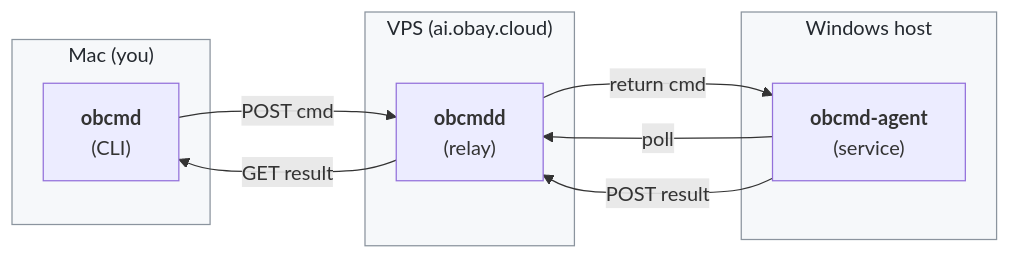
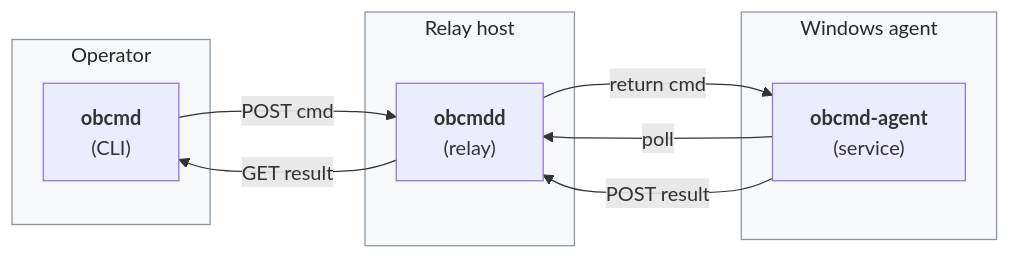
Before and after one commit to obay/rcmd: the diagram in README.md, drawn with Mermaid. The commit also changed other lines of this file and 11 other files, not shown here.

````diff
--- a/README.md
+++ b/README.md
@@ -18,21 +18,21 @@
 ```mermaid
 flowchart LR
-    subgraph mac["Mac (you)"]
+    subgraph op["Operator"]
         cli["<b>obcmd</b><br/>(CLI)"]
     end
-    subgraph vps["VPS (ai.obay.cloud)"]
+    subgraph host["Relay host"]
         relay["<b>obcmdd</b><br/>(relay)"]
     end
-    subgraph win["Windows host"]
+    subgraph win["Windows agent"]
         agent["<b>obcmd-agent</b><br/>(service)"]
     end
 
     cli  -- "POST cmd"    --> relay
     relay -- "GET result"  --> cli
     agent -- "poll"        --> relay
     relay -- "return cmd"  --> agent
     agent -- "POST result" --> relay
 
     classDef edge fill:#f6f8fa,stroke:#8b949e,stroke-width:1px,color:#24292f
-    class mac,vps,win edge
+    class op,host,win edge
 ```
````
